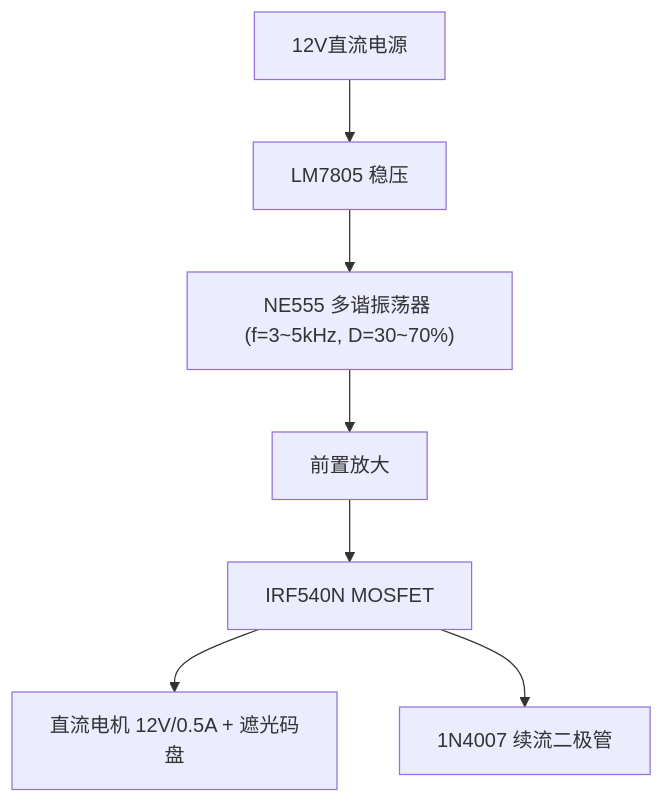
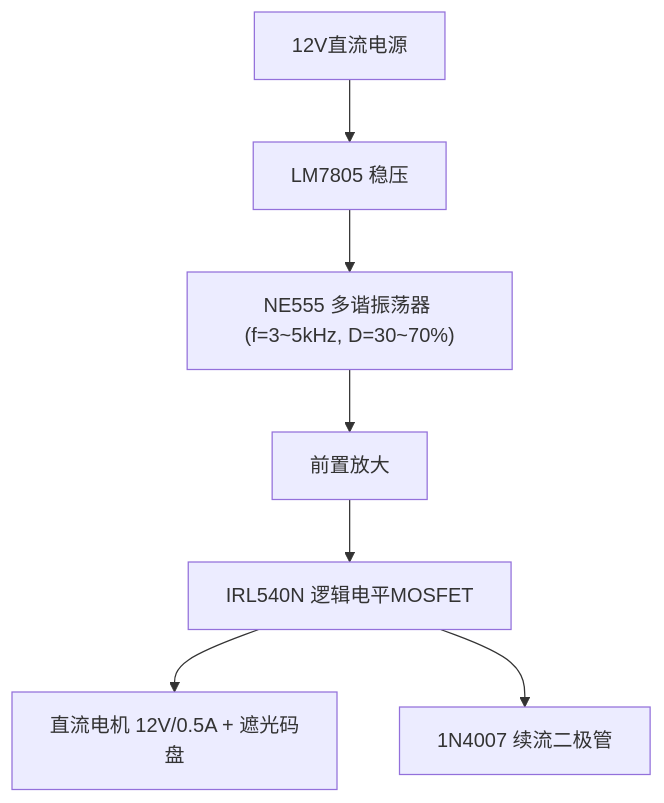
The first of 3 diagrams in README.md (Ygreece/motor-pwm-controller), drawn with Mermaid before and after one commit. The commit also changed other lines of this file and 2 other files, not shown here.

First line of the commit message:
fix: 修正设计参数 - IRL540N + NE555重新计算

````diff
--- a/README.md
+++ b/README.md
@@ -26,9 +28,9 @@
 ```mermaid
 graph TD
     A["12V直流电源"] --> B["LM7805 稳压"]
     B --> C["NE555 多谐振荡器 (f=3~5kHz, D=30~70%)"]
     C --> D["前置放大"]
-    D --> E["IRF540N MOSFET"]
+    D --> E["IRL540N 逻辑电平MOSFET"]
     E --> F["直流电机 12V/0.5A + 遮光码盘"]
     E --> G["1N4007 续流二极管"]
 ```
````
